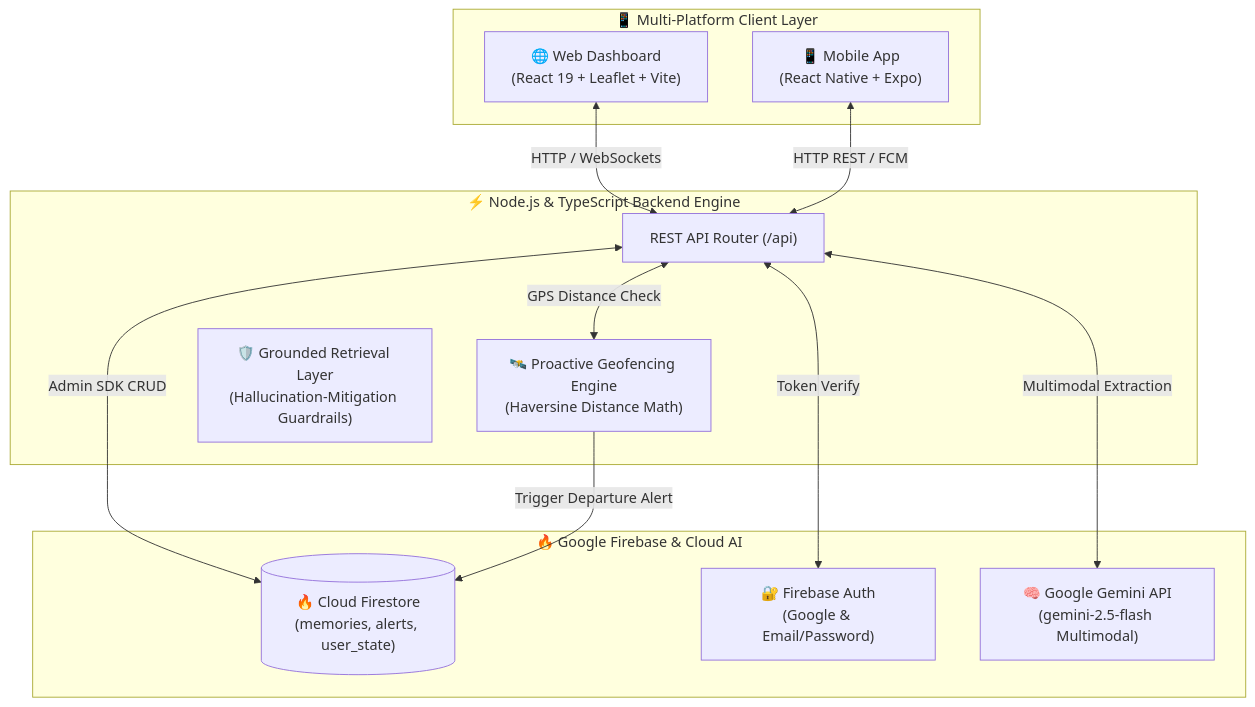
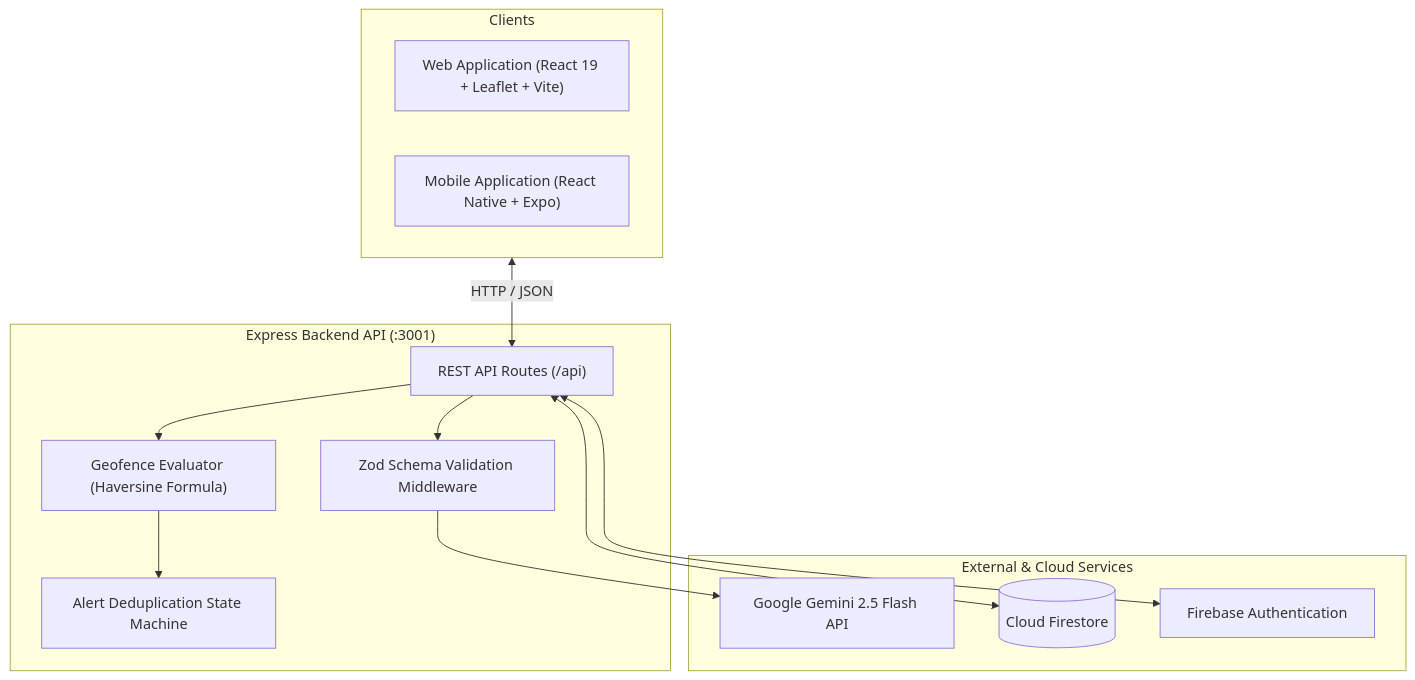
The diagram in README.md (Pranav7758051011/AfterMe), drawn with Mermaid before and after one commit. The commit also changed other lines of this file and 15 other files, not shown here.

````diff
--- a/README.md
+++ b/README.md
@@ -82,27 +24,28 @@
 ```mermaid
 flowchart TB
-    subgraph UI["📱 Multi-Platform Client Layer"]
-        WEB["🌐 Web Dashboard<br/>(React 19 + Leaflet + Vite)"]
-        MOB["📱 Mobile App<br/>(React Native + Expo)"]
+    subgraph Clients["Clients"]
+        WEB["Web Application (React 19 + Leaflet + Vite)"]
+        MOB["Mobile Application (React Native + Expo)"]
     end
 
-    subgraph Server["⚡ Node.js & TypeScript Backend Engine"]
-        ROUTER["REST API Router (/api)"]
-        GEO["🛰️ Proactive Geofencing Engine<br/>(Haversine Distance Math)"]
-        GROUND["🛡️ Grounded Retrieval Layer<br/>(Hallucination-Mitigation Guardrails)"]
+    subgraph Backend["Express Backend API (:3001)"]
+        ROUTER["REST API Routes (/api)"]
+        VAL["Zod Schema Validation Middleware"]
+        GEO["Geofence Evaluator (Haversine Formula)"]
+        DEDUP["Alert Deduplication State Machine"]
     end
 
-    subgraph Cloud["🔥 Google Firebase & Cloud AI"]
-        FS[("🔥 Cloud Firestore<br/>(memories, alerts, user_state)")]
-        AUTH["🔐 Firebase Auth<br/>(Google & Email/Password)"]
-        GEMINI["🧠 Google Gemini API<br/>(gemini-2.5-flash Multimodal)"]
+    subgraph Services["External & Cloud Services"]
+        GEMINI["Google Gemini 2.5 Flash API"]
+        FS[("Cloud Firestore")]
+        AUTH["Firebase Authentication"]
     end
 
-    WEB <-->|HTTP / WebSockets| ROUTER
-    MOB <-->|HTTP REST / FCM| ROUTER
-    ROUTER <-->|Token Verify| AUTH
-    ROUTER <-->|Admin SDK CRUD| FS
-    ROUTER <-->|Multimodal Extraction| GEMINI
-    ROUTER <-->|GPS Distance Check| GEO
-    GEO -->|Trigger Departure Alert| FS
+    Clients <-->|HTTP / JSON| ROUTER
+    ROUTER --> VAL
+    VAL --> GEMINI
+    ROUTER --> GEO
+    GEO --> DEDUP
+    ROUTER <--> FS
+    ROUTER <--> AUTH
 ```
````
